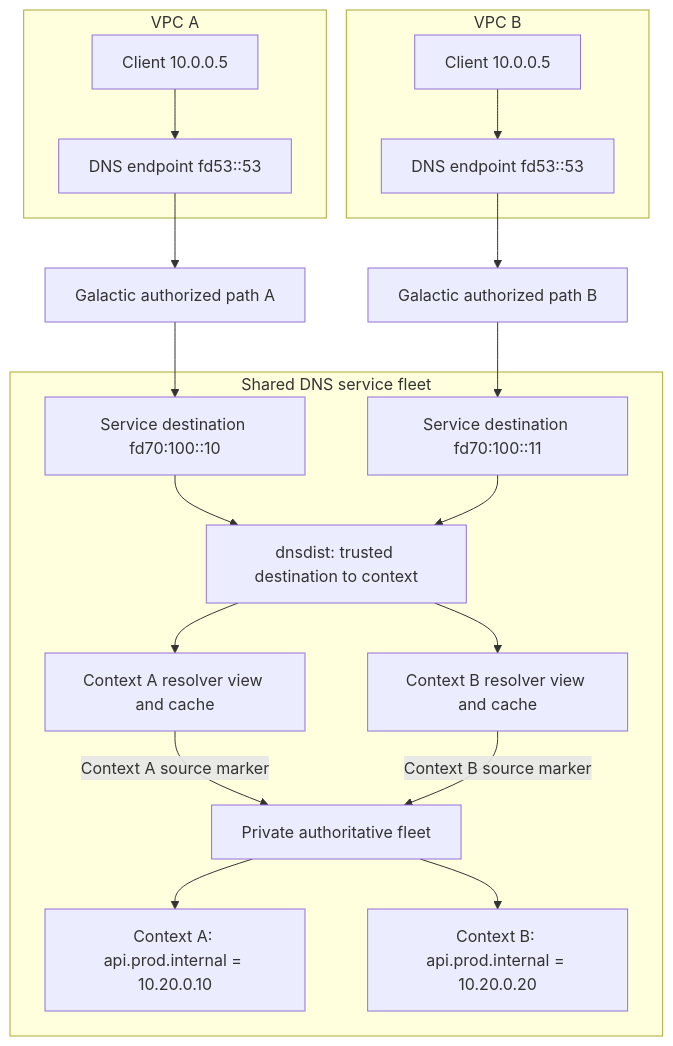
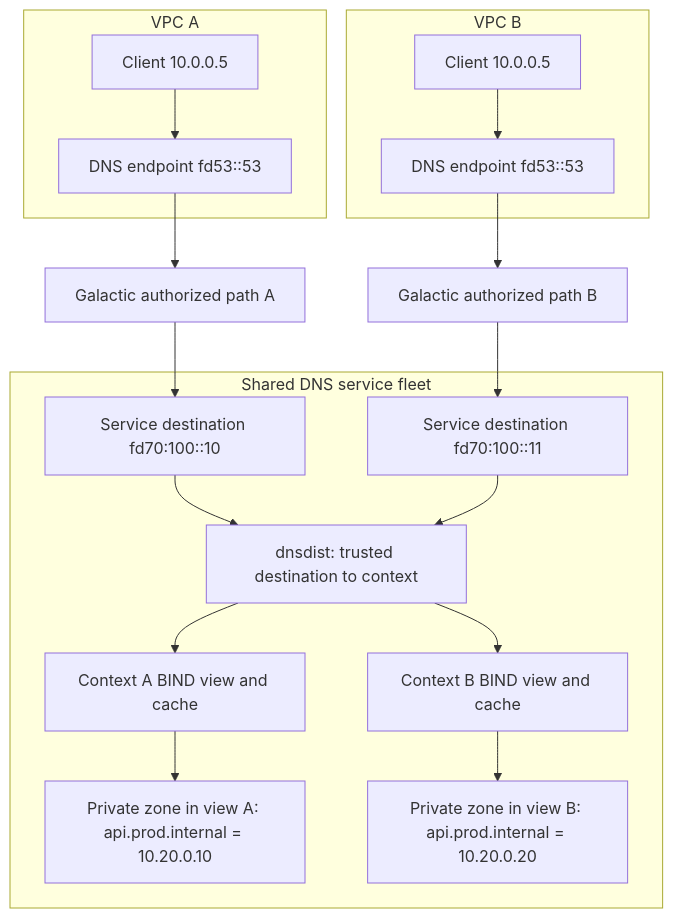
Before and after one commit to datum-cloud/dns-operator: the third of 4 diagrams in docs/architecture/internal-dns/README.md, drawn with Mermaid. The commit also changed other lines of this file, not shown here.

Commit message:
docs: use BIND views for private DNS authority

````diff
--- a/docs/architecture/internal-dns/README.md
+++ b/docs/architecture/internal-dns/README.md
@@ -143,23 +143,21 @@
 ```mermaid
 flowchart TB
   subgraph A[VPC A]
     ClientA[Client 10.0.0.5] --> FrontA[DNS endpoint fd53::53]
   end
   subgraph B[VPC B]
     ClientB[Client 10.0.0.5] --> FrontB[DNS endpoint fd53::53]
   end
   FrontA --> GrantA[Galactic authorized path A]
   FrontB --> GrantB[Galactic authorized path B]
   GrantA --> DestA[Service destination fd70:100::10]
   GrantB --> DestB[Service destination fd70:100::11]
   subgraph Shared[Shared DNS service fleet]
     DestA --> Dist[dnsdist: trusted destination to context]
     DestB --> Dist
-    Dist --> ViewA[Context A resolver view and cache]
-    Dist --> ViewB[Context B resolver view and cache]
-    ViewA -->|Context A source marker| Auth[Private authoritative fleet]
-    ViewB -->|Context B source marker| Auth
-    Auth --> ZoneA[Context A: api.prod.internal = 10.20.0.10]
-    Auth --> ZoneB[Context B: api.prod.internal = 10.20.0.20]
+    Dist --> ViewA[Context A BIND view and cache]
+    Dist --> ViewB[Context B BIND view and cache]
+    ViewA --> ZoneA[Private zone in view A: api.prod.internal = 10.20.0.10]
+    ViewB --> ZoneB[Private zone in view B: api.prod.internal = 10.20.0.20]
   end
 ```
````
